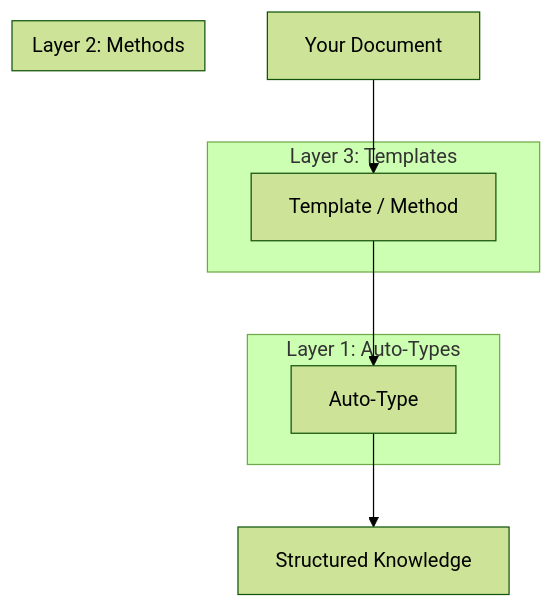
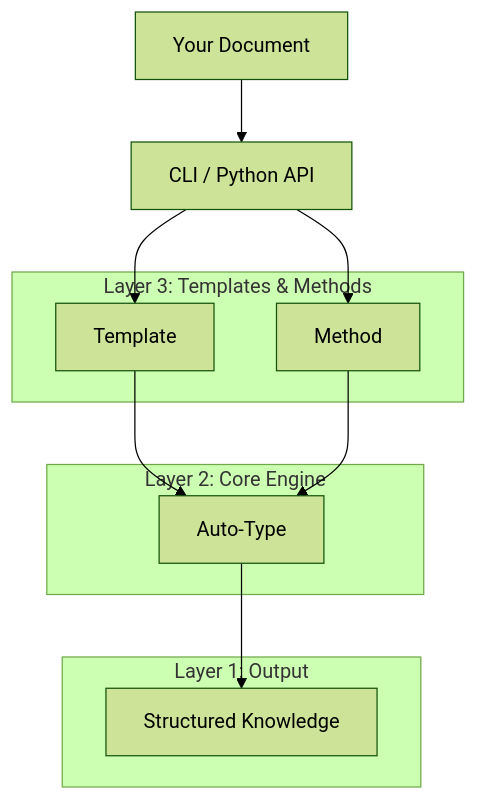
The diagram in docs/en/index.md (taweili/Hyper-Extract), drawn with Mermaid (forest theme) before and after one commit. The commit also changed other lines of this file and 101 other files, not shown here.

````diff
--- a/docs/en/index.md
+++ b/docs/en/index.md
@@ -154,18 +150,22 @@
 ```mermaid
 graph TD
-    A[Your Document] --> B[Template / Method]
-    B --> C[Auto-Type]
-    C --> D[Structured Knowledge]
-    
-    subgraph "Layer 3: Templates"
-    B
+    A[Your Document] --> B[CLI / Python API]
+    B --> C[Template]
+    B --> D[Method]
+    C --> E[Auto-Type]
+    D --> E
+    E --> F[Structured Knowledge]
+
+    subgraph "Layer 3: Templates & Methods"
+        C
+        D
     end
-    
-    subgraph "Layer 2: Methods"
-    B
+
+    subgraph "Layer 2: Core Engine"
+        E
     end
-    
-    subgraph "Layer 1: Auto-Types"
-    C
+
+    subgraph "Layer 1: Output"
+        F
     end
 ```
````
